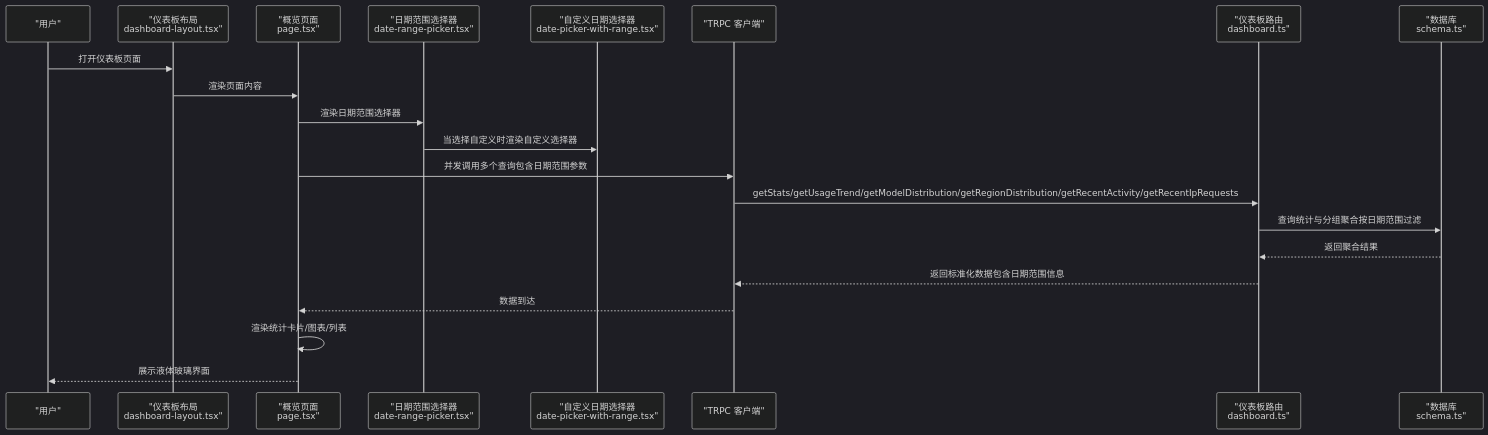
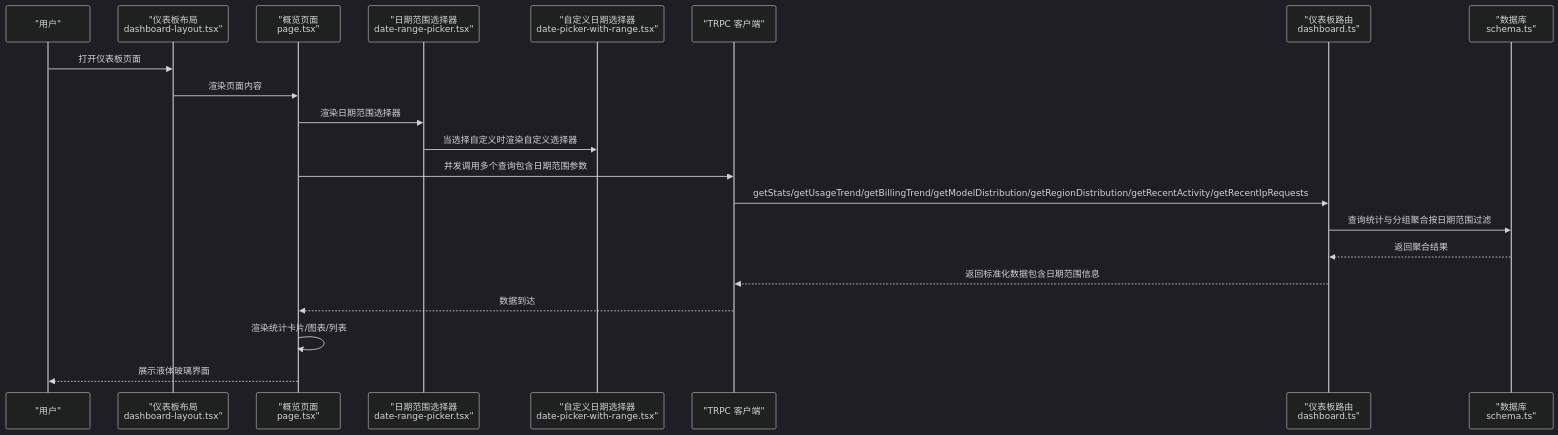
Before and after one commit to RadiumAg/AIGate: the second of 18 diagrams in .qoder/repowiki/zh/content/管理后台界面/仪表板概览.md, drawn with Mermaid (dark theme). The commit also changed other lines of this file and 22 other files, not shown here.

First line of the commit message:
feat(dashboard): 新增账单趋势图表及四列响应式布局

````diff
--- a/.qoder/repowiki/zh/content/管理后台界面/仪表板概览.md
+++ b/.qoder/repowiki/zh/content/管理后台界面/仪表板概览.md
@@ -131,23 +137,23 @@
 ```mermaid
 sequenceDiagram
 participant U as "用户"
 participant L as "仪表板布局<br/>dashboard-layout.tsx"
 participant P as "概览页面<br/>page.tsx"
 participant DRP as "日期范围选择器<br/>date-range-picker.tsx"
 participant DPWR as "自定义日期选择器<br/>date-picker-with-range.tsx"
 participant T as "TRPC 客户端"
 participant R as "仪表板路由<br/>dashboard.ts"
 participant S as "数据库<br/>schema.ts"
 U->>L : 打开仪表板页面
 L->>P : 渲染页面内容
 P->>DRP : 渲染日期范围选择器
 DRP->>DPWR : 当选择自定义时渲染自定义选择器
 P->>T : 并发调用多个查询包含日期范围参数
-T->>R : getStats/getUsageTrend/getModelDistribution/getRegionDistribution/getRecentActivity/getRecentIpRequests
+T->>R : getStats/getUsageTrend/getBillingTrend/getModelDistribution/getRegionDistribution/getRecentActivity/getRecentIpRequests
 R->>S : 查询统计与分组聚合按日期范围过滤
 S-->>R : 返回聚合结果
 R-->>T : 返回标准化数据包含日期范围信息
 T-->>P : 数据到达
 P->>P : 渲染统计卡片/图表/列表
 P-->>U : 展示液体玻璃界面
 ```
````
